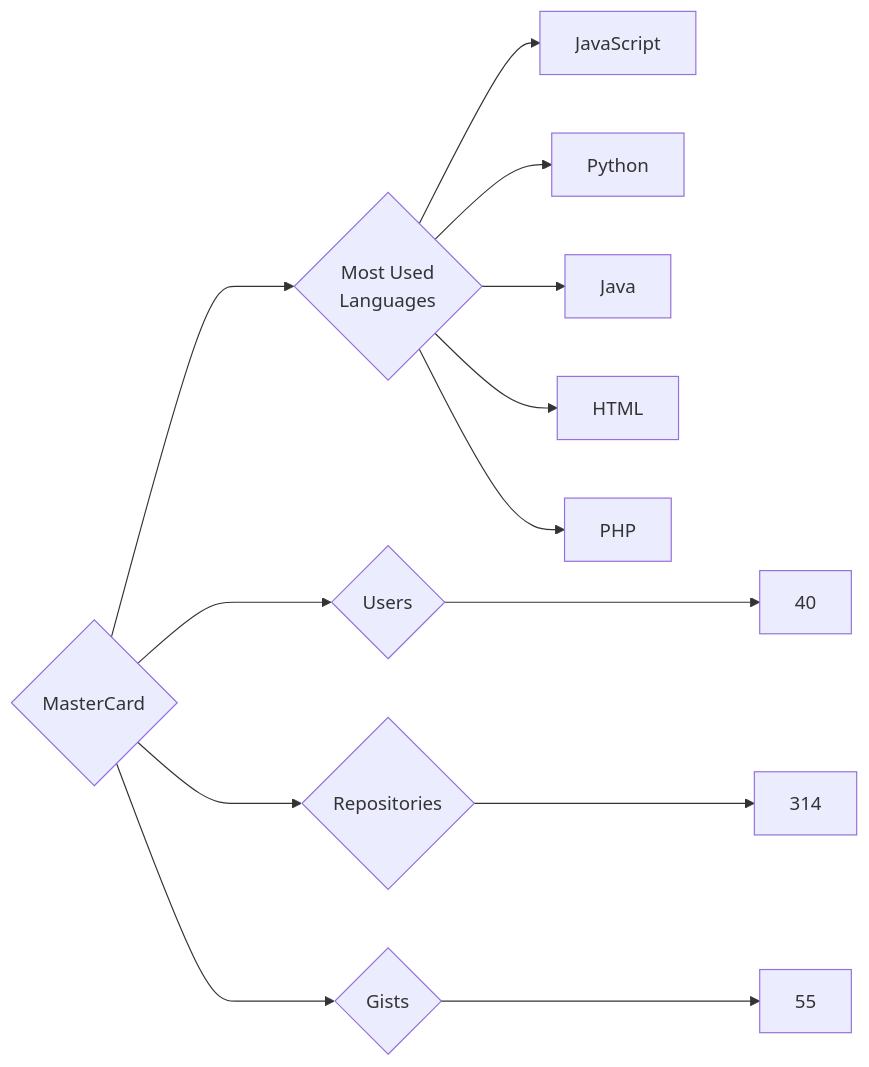
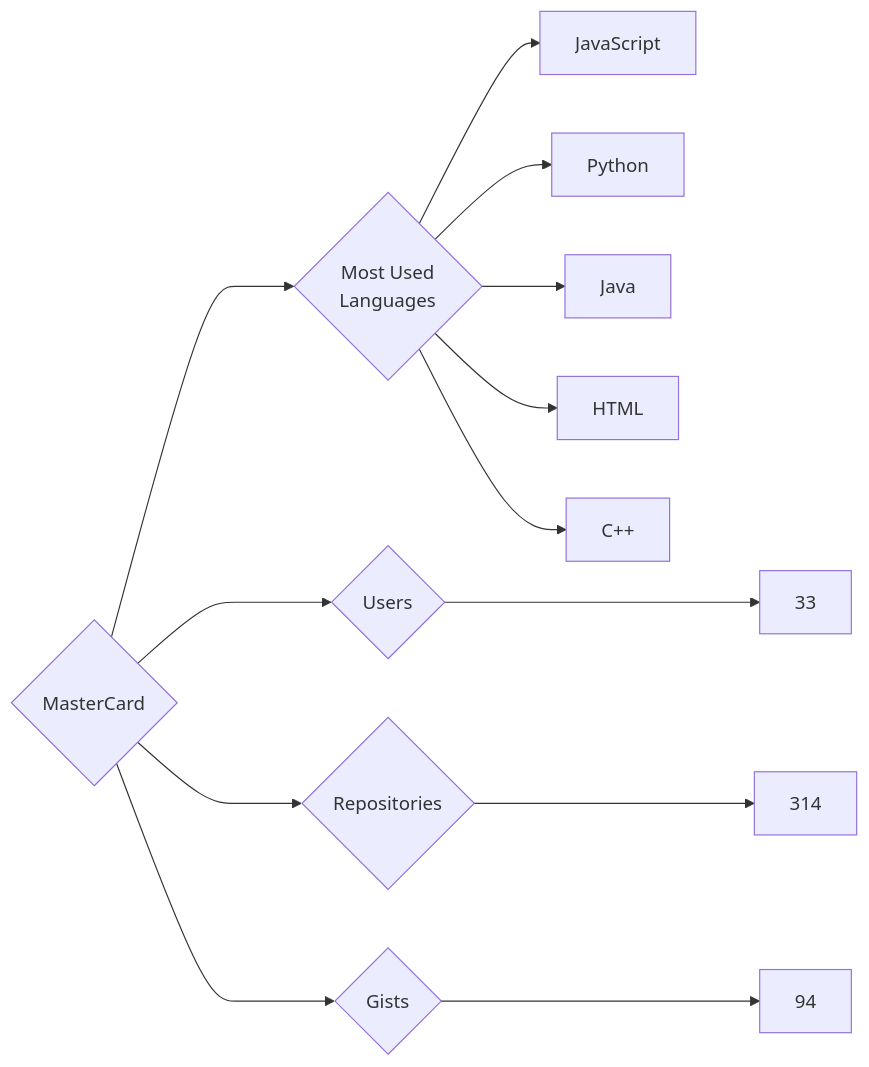
Before and after one commit to trickest/insiders: the diagram in targets/MasterCard/README.md, drawn with Mermaid. The commit also changed 973 other files, not shown here.

````diff
--- a/targets/MasterCard/README.md
+++ b/targets/MasterCard/README.md
@@ -3,13 +3,13 @@
 ```mermaid
 graph LR
 COMPANY_NAME{MasterCard}
-COMPANY_NAME ---> U{Users} ---> UN[40]
+COMPANY_NAME ---> U{Users} ---> UN[33]
 COMPANY_NAME ---> R{Repositories} ---> RN[314]
-COMPANY_NAME ---> G{Gists} ---> GN[55]
+COMPANY_NAME ---> G{Gists} ---> GN[94]
 COMPANY_NAME ---> ML{Most Used<br>Languages}
 ML --> JavaScript[JavaScript]
 ML --> Python[Python]
 ML --> Java[Java]
 ML --> HTML[HTML]
-ML --> PHP[PHP]
+ML --> C++[C++]
 ```
````
